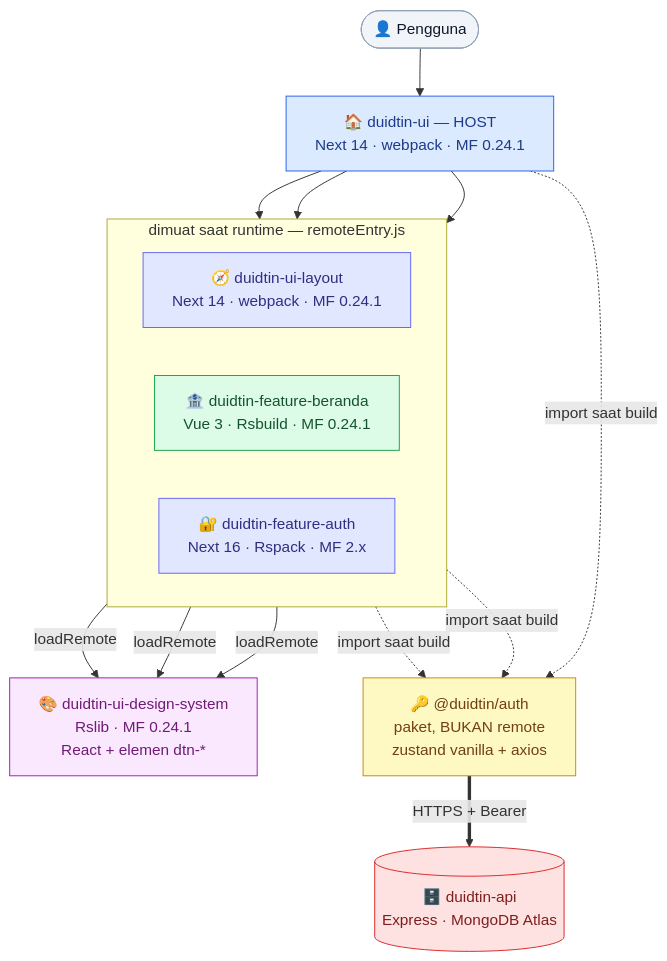
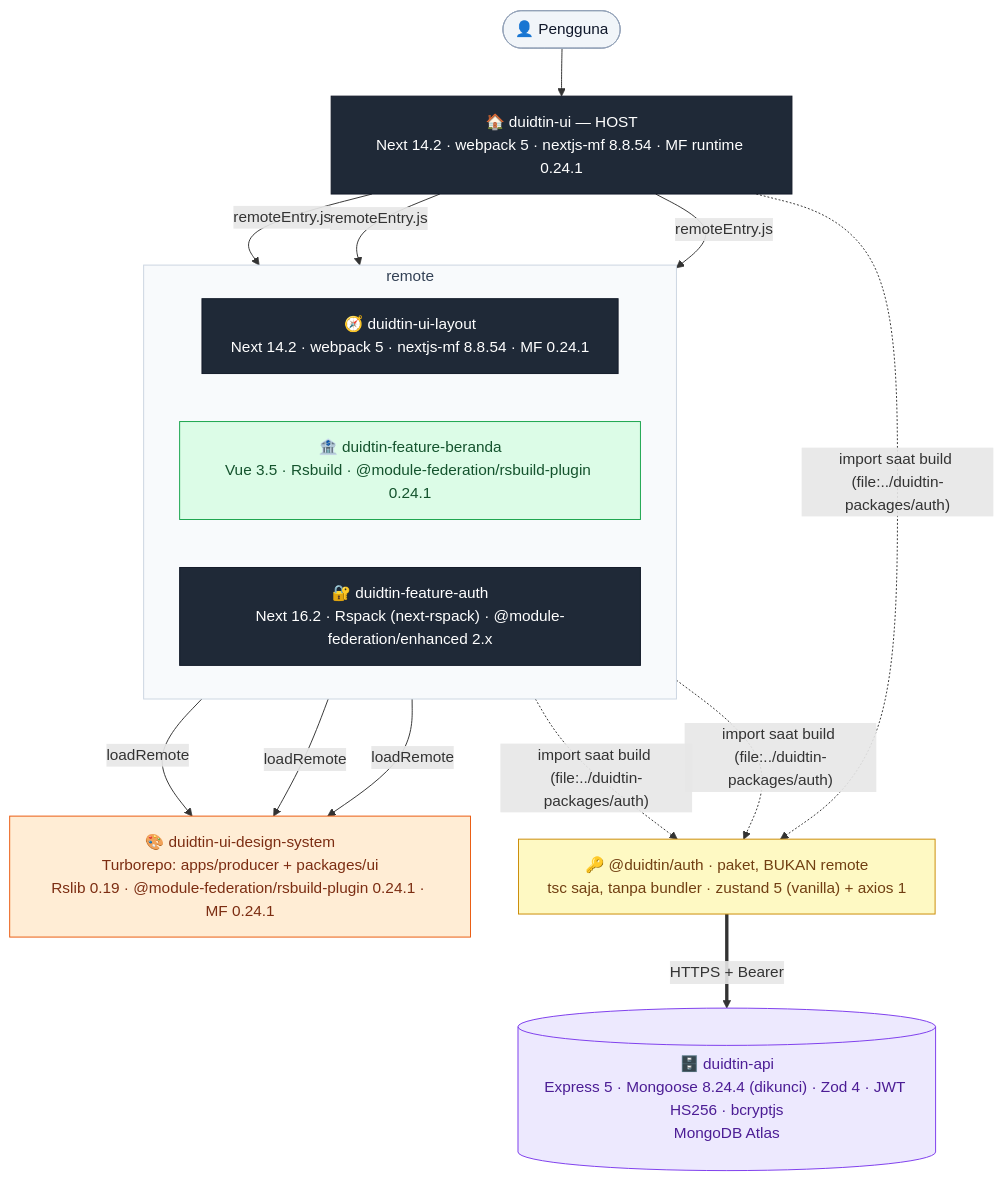
Before and after one commit to AnggaWikaNugraha/super-apps-microfrontend-duidtin: the diagram in README.id.md, drawn with Mermaid. The commit also changed other lines of this file and 1 other file, not shown here.

````diff
--- a/README.id.md
+++ b/README.id.md
@@ -283,40 +283,40 @@
 ```mermaid
-%%{init: {'flowchart': {'wrappingWidth': 280}}}%%
+%%{init: {'flowchart': {'wrappingWidth': 420}}}%%
 flowchart TD
   U(["👤 Pengguna"]) --> H
 
-  H["🏠 duidtin-ui — HOST<br/>Next 14 · webpack · MF 0.24.1"]
+  H["🏠 duidtin-ui — HOST<br/>Next 14.2 · webpack 5 · nextjs-mf 8.8.54 · MF runtime 0.24.1"]
 
-  subgraph RUNTIME ["dimuat saat runtime — remoteEntry.js"]
+  subgraph RUNTIME ["remote"]
     direction LR
-    L["🧭 duidtin-ui-layout<br/>Next 14 · webpack · MF 0.24.1"]
-    B["🏦 duidtin-feature-beranda<br/>Vue 3 · Rsbuild · MF 0.24.1"]
-    A["🔐 duidtin-feature-auth<br/>Next 16 · Rspack · MF 2.x"]
+    L["🧭 duidtin-ui-layout<br/>Next 14.2 · webpack 5 · nextjs-mf 8.8.54 · MF 0.24.1"]
+    B["🏦 duidtin-feature-beranda<br/>Vue 3.5 · Rsbuild · @module-federation/rsbuild-plugin 0.24.1"]
+    A["🔐 duidtin-feature-auth<br/>Next 16.2 · Rspack (next-rspack) · @module-federation/enhanced 2.x"]
   end
 
-  H --> L
-  H --> B
-  H --> A
+  H -- "remoteEntry.js" --> L
+  H -- "remoteEntry.js" --> B
+  H -- "remoteEntry.js" --> A
 
-  L & B & A -- "loadRemote" --> DS["🎨 duidtin-ui-design-system<br/>Rslib · MF 0.24.1<br/>React + elemen dtn-*"]
+  L & B & A -- "loadRemote" --> DS["🎨 duidtin-ui-design-system<br/>Turborepo: apps/producer + packages/ui<br/>Rslib 0.19 · @module-federation/rsbuild-plugin 0.24.1 · MF 0.24.1"]
 
-  H & B & A -. "import saat build" .-> P["🔑 @duidtin/auth<br/>paket, BUKAN remote<br/>zustand vanilla + axios"]
+  H & B & A -. "import saat build (file:../duidtin-packages/auth)" .-> P["🔑 @duidtin/auth · paket, BUKAN remote<br/>tsc saja, tanpa bundler · zustand 5 (vanilla) + axios 1"]
 
-  P == "HTTPS + Bearer" ==> API[("🗄️ duidtin-api<br/>Express · MongoDB Atlas")]
+  P == "HTTPS + Bearer" ==> API[("🗄️ duidtin-api<br/>Express 5 · Mongoose 8.24.4 (dikunci) · Zod 4 · JWT HS256 · bcryptjs<br/>MongoDB Atlas")]
 
   classDef pengguna fill:#f1f5f9,stroke:#94a3b8,color:#0f172a
-  classDef host fill:#dbeafe,stroke:#2563eb,color:#1e3a8a
-  classDef react fill:#e0e7ff,stroke:#6366f1,color:#312e81
+  classDef next fill:#1f2937,stroke:#111827,color:#ffffff
+  classDef rs fill:#ffedd5,stroke:#ea580c,color:#7c2d12
   classDef vue fill:#dcfce7,stroke:#16a34a,color:#14532d
-  classDef ds fill:#fae8ff,stroke:#a21caf,color:#701a75
   classDef paket fill:#fef9c3,stroke:#ca8a04,color:#713f12
-  classDef backend fill:#fee2e2,stroke:#dc2626,color:#7f1d1d
+  classDef backend fill:#ede9fe,stroke:#7c3aed,color:#4c1d95
 
   class U pengguna
-  class H host
-  class L,A react
+  class H,L,A next
+  class DS rs
   class B vue
-  class DS ds
   class P paket
   class API backend
+
+  style RUNTIME fill:#f8fafc,stroke:#cbd5e1,color:#334155
 ```
````
